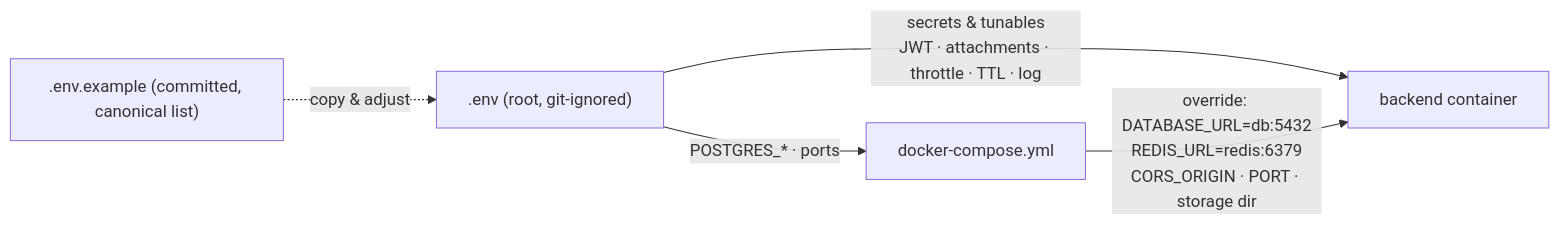
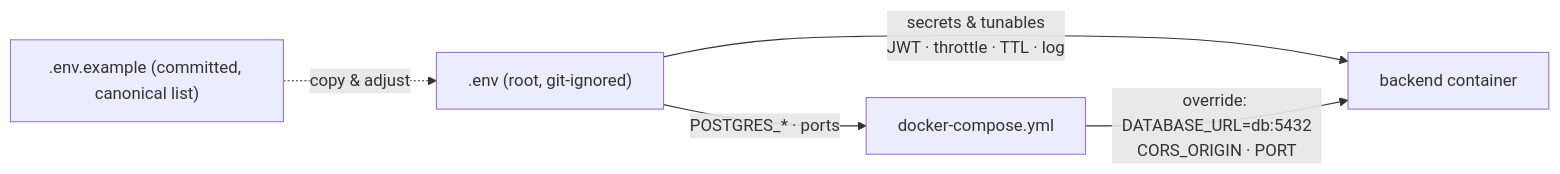
One commit to akritiupreti/virtual-consultation-platform changed the second of 4 diagrams in docs/deployment.md. Above: the diagram before and after it, drawn with Mermaid. The commit also changed other lines of this file and 193 other files, not shown here.

First line of the commit message:
refactor: simplify consultation workflow and fix data-model diagram

````diff
--- a/docs/deployment.md
+++ b/docs/deployment.md
@@ -74,10 +67,10 @@
 ```mermaid
 flowchart LR
     env[".env (root, git-ignored)"]
     ex[".env.example (committed, canonical list)"]
     ex -. copy & adjust .-> env
 
-    env -->|secrets & tunables<br/>JWT · attachments · throttle · TTL · log| be[backend container]
+    env -->|secrets & tunables<br/>JWT · throttle · TTL · log| be[backend container]
     env -->|POSTGRES_* · ports| compose[docker-compose.yml]
-    compose -->|"override: DATABASE_URL=db:5432<br/>REDIS_URL=redis:6379<br/>CORS_ORIGIN · PORT · storage dir"| be
+    compose -->|"override: DATABASE_URL=db:5432<br/>CORS_ORIGIN · PORT"| be
 ```
````
